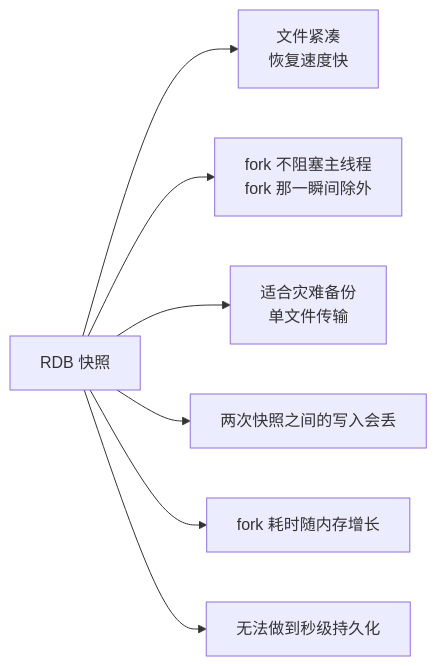
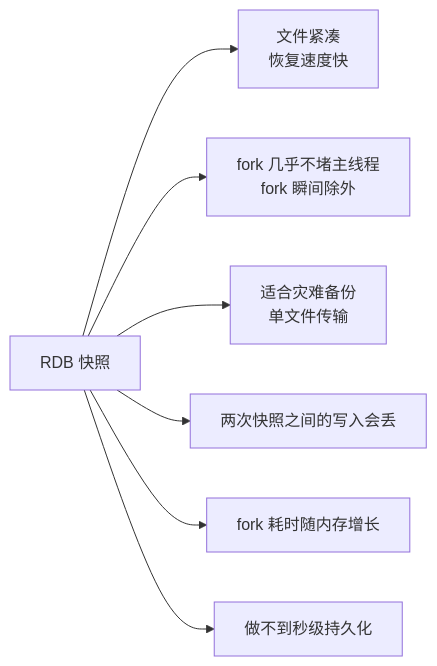
The third of 10 diagrams in 02-中间件与数据库/02-Redis/02-持久化与内存管理/知识点.md (ml-cuizijun/LearnToLilith), drawn with Mermaid before and after one commit. The commit also changed other lines of this file and 178 other files, not shown here.

````diff
--- a/02-中间件与数据库/02-Redis/02-持久化与内存管理/知识点.md
+++ b/02-中间件与数据库/02-Redis/02-持久化与内存管理/知识点.md
@@ -209,9 +207,9 @@
 ```mermaid
 flowchart LR
     R["RDB 快照"] --> A1["文件紧凑<br/>恢复速度快"]
-    R --> A2["fork 不阻塞主线程<br/>fork 那一瞬间除外"]
+    R --> A2["fork 几乎不堵主线程<br/>fork 瞬间除外"]
     R --> A3["适合灾难备份<br/>单文件传输"]
     R --> B1["两次快照之间的写入会丢"]
     R --> B2["fork 耗时随内存增长"]
-    R --> B3["无法做到秒级持久化"]
+    R --> B3["做不到秒级持久化"]
 ```
````
